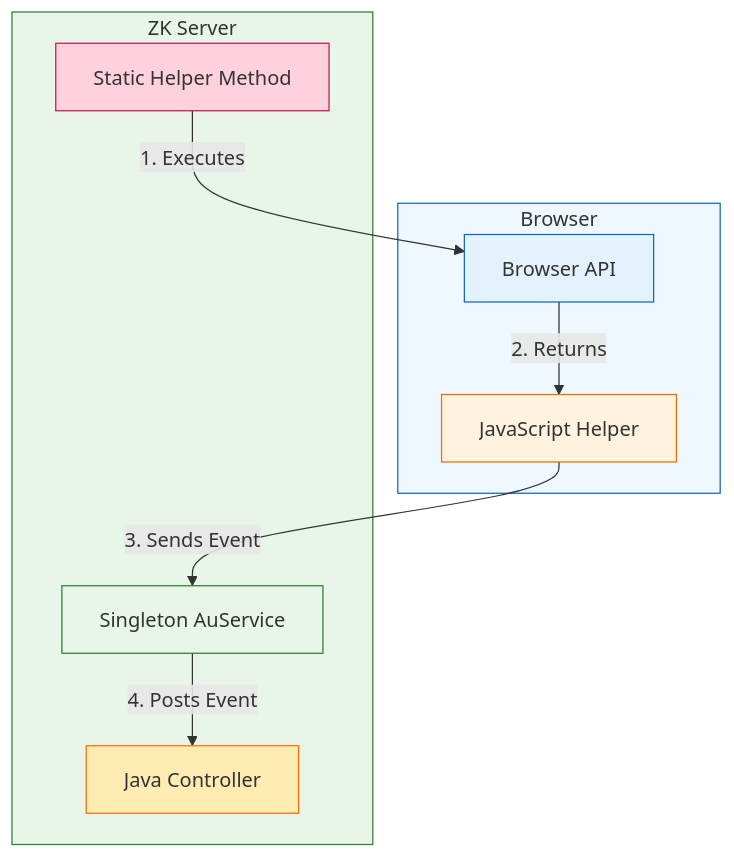
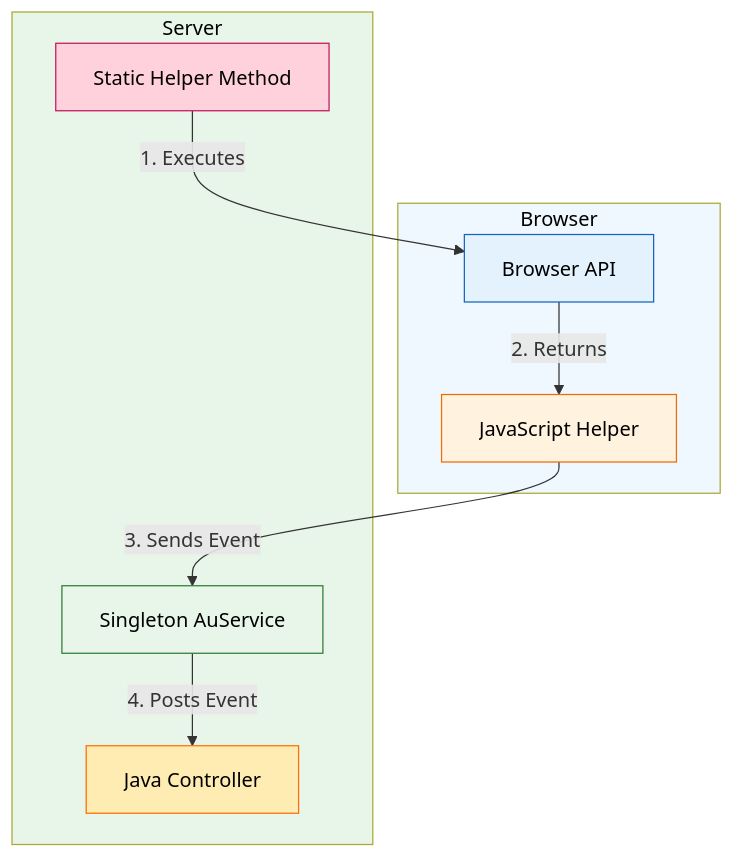
One commit to zkoss-demo/browser-kit changed the second of 2 diagrams in README.md. Above: the diagram before and after it, drawn with Mermaid. The commit also changed other lines of this file, not shown here.

Commit message:
update architecture diagram style

````diff
--- a/README.md
+++ b/README.md
@@ -149,27 +149,26 @@
 ```mermaid
 flowchart TB
     subgraph Client[Browser]
         API[Browser API]
         JS[JavaScript Helper]
     end
 
-    subgraph Server[ZK Server]
+    subgraph Server[Server]
         Java[Static Helper Method]
         AU[Singleton AuService]
         Controller[Java Controller]
     end
 
     Java -->|1. Executes| API
     API -->|2. Returns| JS
     JS -->|3. Sends Event| AU
     AU -->|4. Posts Event| Controller
 
-    style Client fill:#f0f8ff,stroke:#1565c0
-    style Server fill:#e8f5e9,stroke:#2e7d32
-    style Java fill:#ffd1dc,stroke:#c2185b
-    style AU fill:#e8f5e9,stroke:#2e7d32
-    style JS fill:#fff3e0,stroke:#ef6c00
-    style API fill:#e3f2fd,stroke:#1565c0
-    style Controller fill:#ffecb3,stroke:#ff6f00
-
+    style Client fill:#f0f8ff,color:black
+    style Server fill:#e8f5e9,color:black
+    style Java fill:#ffd1dc,stroke:#c2185b,color:black
+    style AU fill:#e8f5e9,stroke:#2e7d32,color:black
+    style JS fill:#fff3e0,stroke:#ef6c00,color:black
+    style API fill:#e3f2fd,stroke:#1565c0,color:black
+    style Controller fill:#ffecb3,stroke:#ff6f00,color:black
 ```
````
